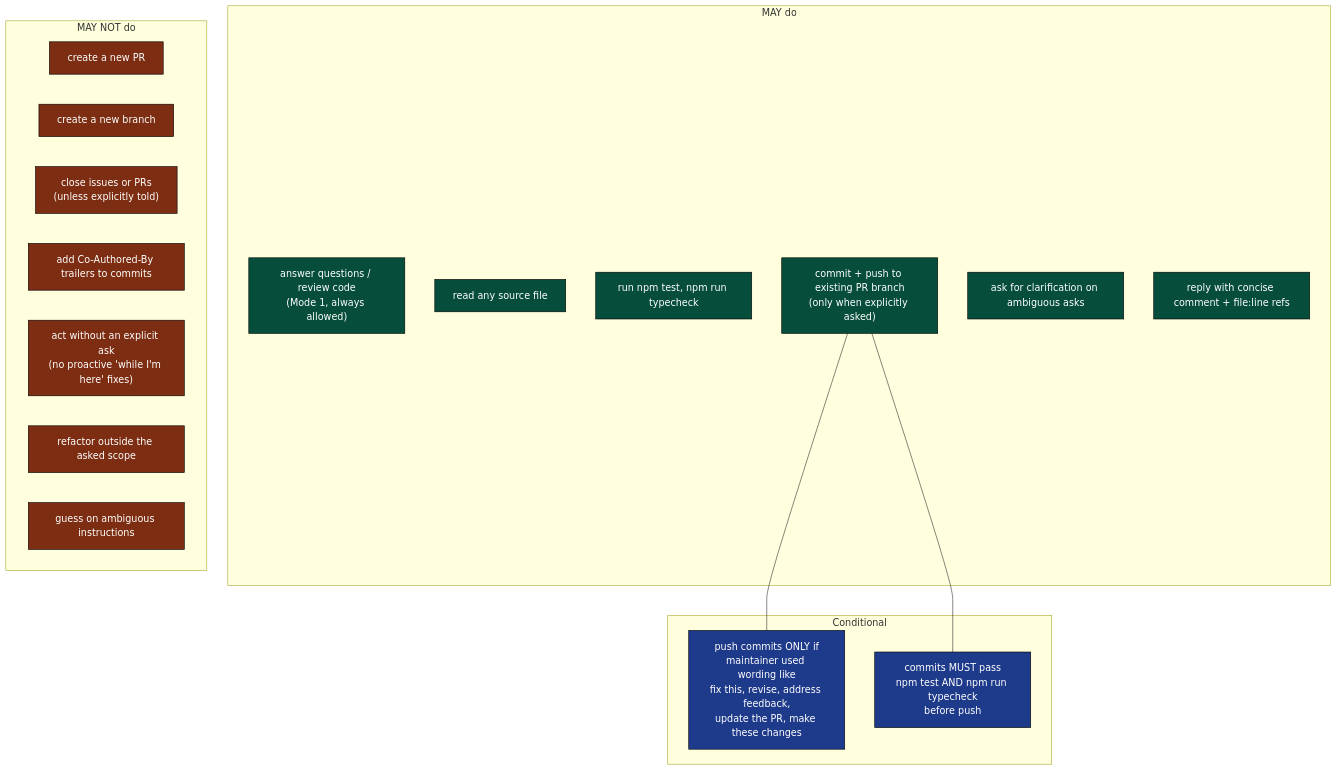
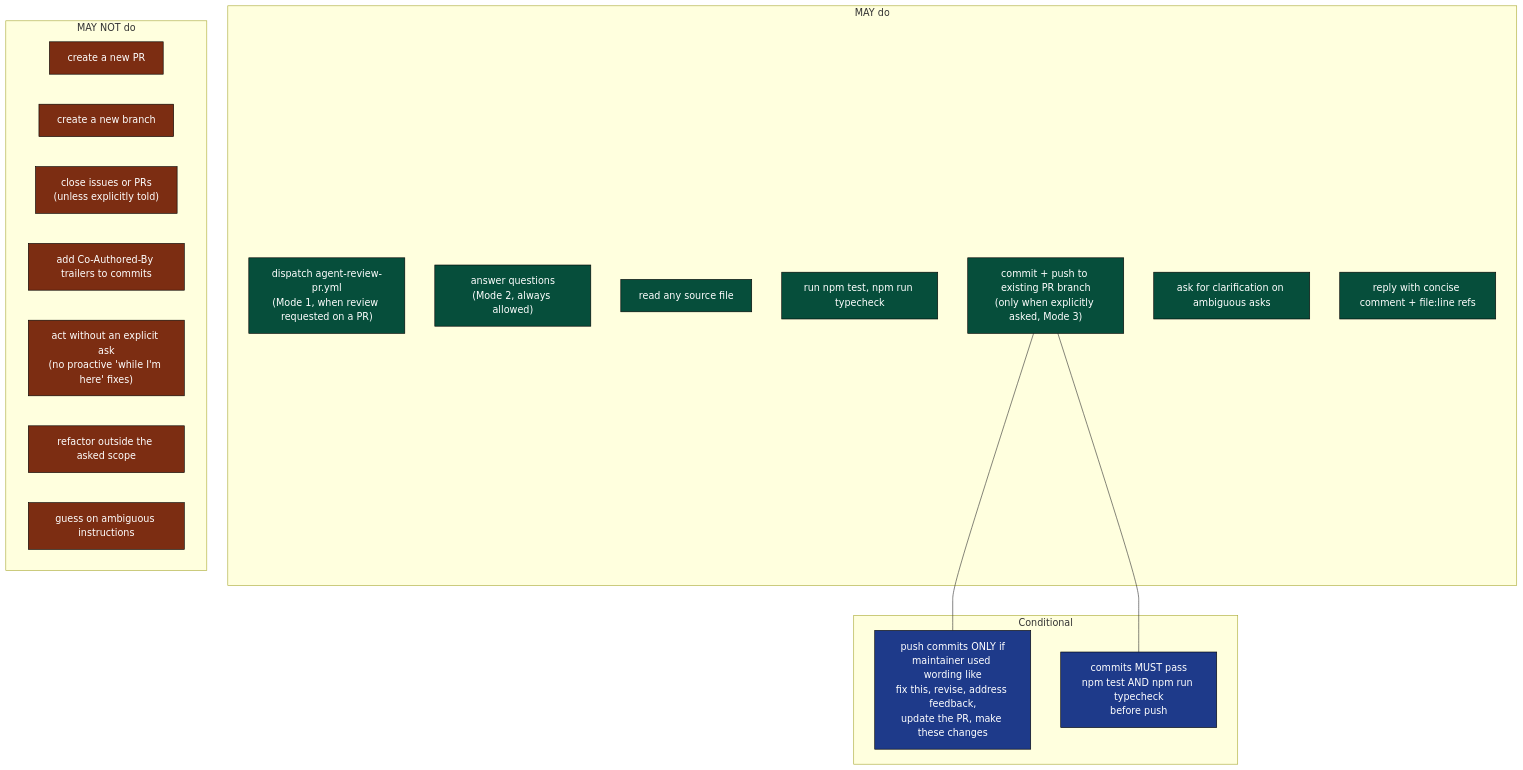
The ninth of 13 diagrams in .github/docs/BOT_RESPOND_DEEP_DIVE.md (gregreindel/llm-exe), drawn with Mermaid before and after one commit. The commit also changed other lines of this file and 4 other files, not shown here.

First line of the commit message:
docs: sync deep dives after agent-review-pr and bot-respond changes

````diff
--- a/.github/docs/BOT_RESPOND_DEEP_DIVE.md
+++ b/.github/docs/BOT_RESPOND_DEEP_DIVE.md
@@ -383,33 +399,34 @@
 ```mermaid
 flowchart TB
     classDef may fill:#064e3b,color:#fff,stroke:#000
     classDef mayNot fill:#7c2d12,color:#fff,stroke:#000
     classDef cond fill:#1e3a8a,color:#fff,stroke:#000
 
     subgraph MAY["MAY do"]
-        m1["answer questions / review code\n(Mode 1, always allowed)"]:::may
+        m1["dispatch agent-review-pr.yml\n(Mode 1, when review requested on a PR)"]:::may
+        m1b["answer questions\n(Mode 2, always allowed)"]:::may
         m2["read any source file"]:::may
         m3["run npm test, npm run typecheck"]:::may
-        m4["commit + push to existing PR branch\n(only when explicitly asked)"]:::may
+        m4["commit + push to existing PR branch\n(only when explicitly asked, Mode 3)"]:::may
         m5["ask for clarification on ambiguous asks"]:::may
         m6["reply with concise comment + file:line refs"]:::may
     end
 
     subgraph MAYNOT["MAY NOT do"]
         n1["create a new PR"]:::mayNot
         n2["create a new branch"]:::mayNot
         n3["close issues or PRs\n(unless explicitly told)"]:::mayNot
         n4["add Co-Authored-By trailers to commits"]:::mayNot
         n5["act without an explicit ask\n(no proactive 'while I'm here' fixes)"]:::mayNot
         n6["refactor outside the asked scope"]:::mayNot
         n7["guess on ambiguous instructions"]:::mayNot
     end
 
     subgraph WHEN["Conditional"]
         w1["push commits ONLY if\nmaintainer used wording like\nfix this, revise, address feedback,\nupdate the PR, make these changes"]:::cond
         w2["commits MUST pass\nnpm test AND npm run typecheck\nbefore push"]:::cond
     end
 
     m4 --- w1
     m4 --- w2
 ```
````
